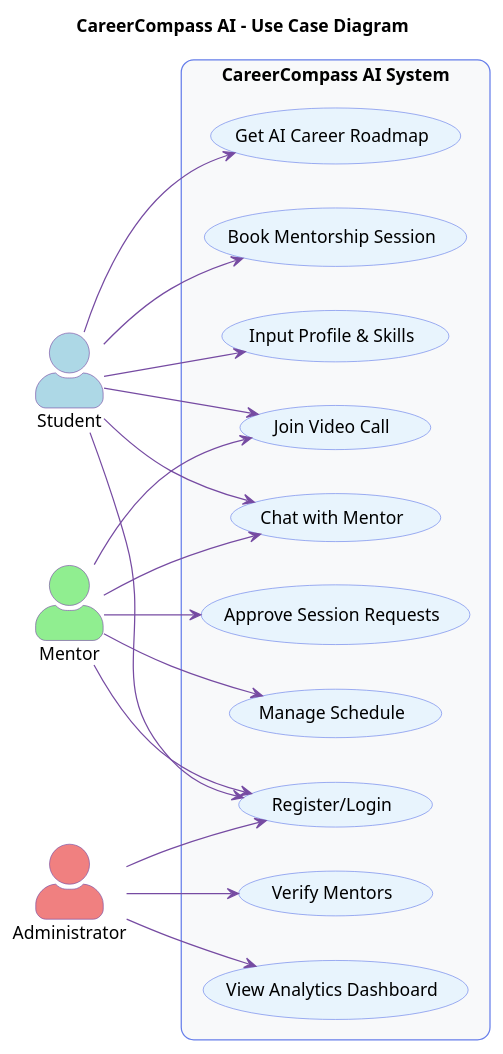
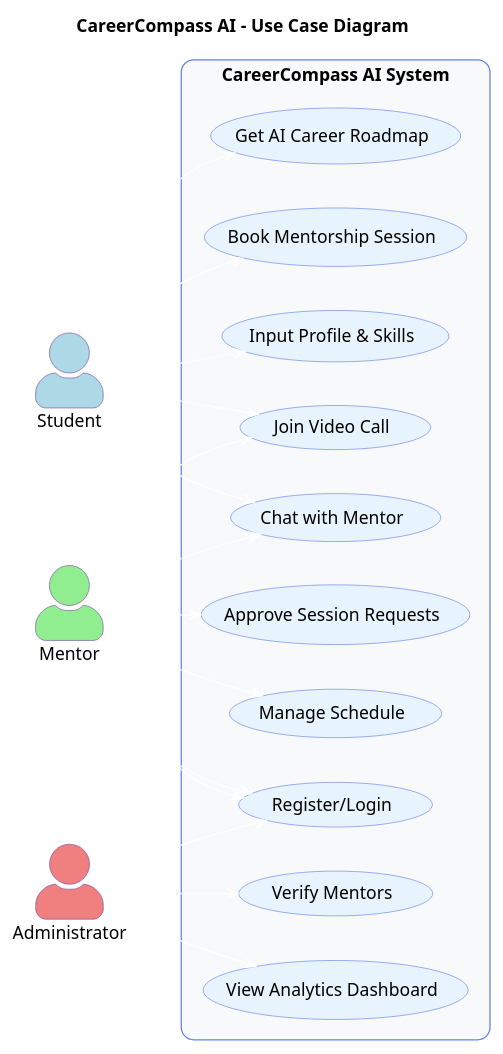
Before and after one commit to HR363/CAREER_COMPASS: the diagram in usecase.puml, drawn with PlantUML. The commit also changed 10 other files, not shown here.

```diff
--- a/usecase.puml
+++ b/usecase.puml
@@ -1,60 +1,60 @@
 @startuml CareerCompass_UseCase
 
 left to right direction
 skinparam packageStyle rectangle
 skinparam actorStyle awesome
 skinparam usecase {
     BackgroundColor #E8F4FD
     BorderColor #667eea
-    ArrowColor #764ba2
+    ArrowColor #764ba2EXTREMELY FAST BUOY
 }
 skinparam actor {
     BackgroundColor #667eea
     BorderColor #764ba2
 }
 skinparam rectangle {
     BackgroundColor #F8F9FA
     BorderColor #667eea
     RoundCorner 20
 }
 
 title CareerCompass AI - Use Case Diagram
 
 actor "Student" as S #LightBlue
 actor "Mentor" as M #LightGreen
 actor "Administrator" as A #LightCoral
 
 rectangle "CareerCompass AI System" {
     usecase "Register/Login" as UC1
     usecase "Input Profile & Skills" as UC2
     usecase "Get AI Career Roadmap" as UC3
     usecase "Book Mentorship Session" as UC4
     usecase "Join Video Call" as UC5
     usecase "Chat with Mentor" as UC6
     usecase "Manage Schedule" as UC7
     usecase "Approve Session Requests" as UC8
     usecase "Verify Mentors" as UC9
     usecase "View Analytics Dashboard" as UC10
 }
 
 ' Student interactions
 S --> UC1
 S --> UC2
 S --> UC3
 S --> UC4
 S --> UC5
 S --> UC6
 
 ' Mentor interactions
 M --> UC1
 M --> UC7
 M --> UC8
 M --> UC5
 M --> UC6
 
 ' Administrator interactions
 A --> UC1
 A --> UC9
 A --> UC10
 
 @enduml
```
